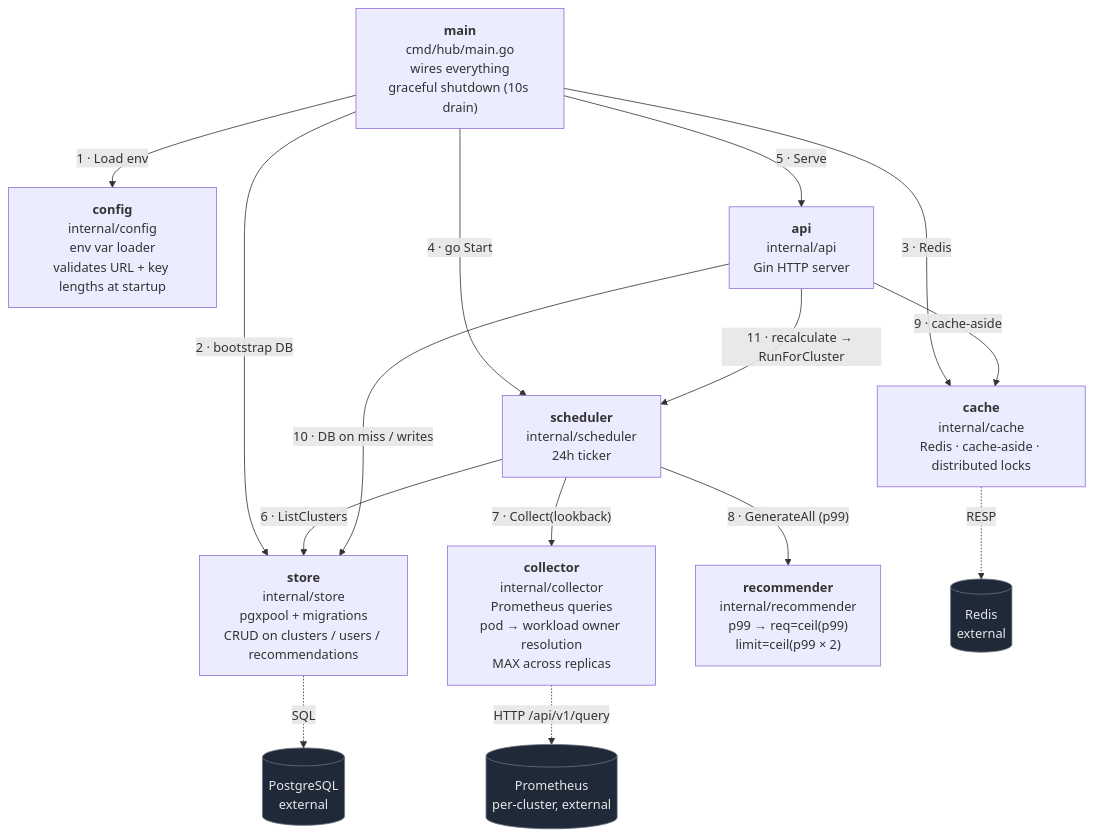
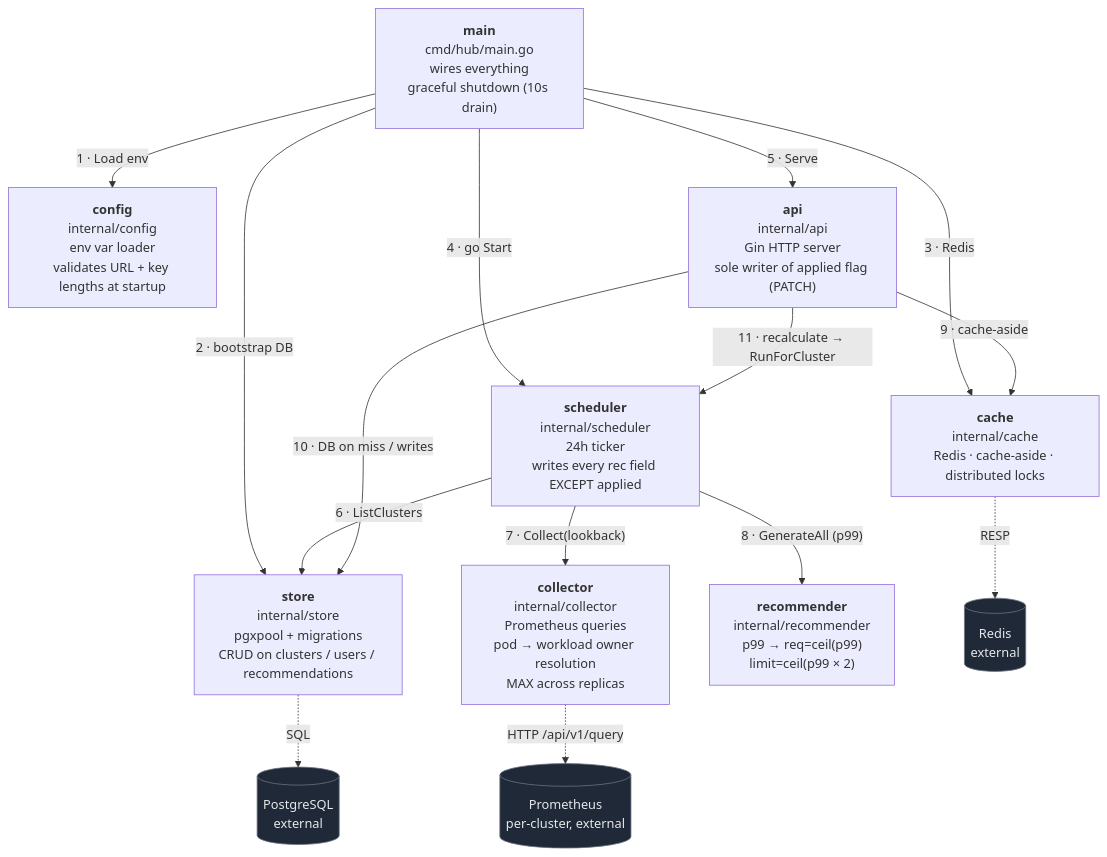
One commit to RISHABH1270/PodOptix changed the diagram in docs/code-map.md. Above: the diagram before and after it, drawn with Mermaid.

Commit message:
docs(code-map): note applied-flag ownership (scheduler vs api split)
The applied column has a strict single-writer invariant that we just
locked in with the PATCH endpoint + hardcoded FALSE on upsert INSERT.
Making it visible in the diagram so a future reader doesn't accidentally
write to applied from the scheduler path.

  scheduler box: "writes every rec field EXCEPT applied"
  api box:       "sole writer of applied flag (PATCH)"

````diff
--- a/docs/code-map.md
+++ b/docs/code-map.md
@@ -3,37 +3,37 @@
 ```mermaid
 flowchart TB
     main["<b>main</b><br/>cmd/hub/main.go<br/>wires everything<br/>graceful shutdown (10s drain)"]
 
     config["<b>config</b><br/>internal/config<br/>env var loader<br/>validates URL + key lengths at startup"]
     store["<b>store</b><br/>internal/store<br/>pgxpool + migrations<br/>CRUD on clusters / users / recommendations"]
     cache["<b>cache</b><br/>internal/cache<br/>Redis · cache-aside · distributed locks"]
     collector["<b>collector</b><br/>internal/collector<br/>Prometheus queries<br/>pod → workload owner resolution<br/>MAX across replicas"]
     recommender["<b>recommender</b><br/>internal/recommender<br/>p99 → req=ceil(p99)<br/>limit=ceil(p99 × 2)"]
-    scheduler["<b>scheduler</b><br/>internal/scheduler<br/>24h ticker"]
-    api["<b>api</b><br/>internal/api<br/>Gin HTTP server"]
+    scheduler["<b>scheduler</b><br/>internal/scheduler<br/>24h ticker<br/>writes every rec field EXCEPT applied"]
+    api["<b>api</b><br/>internal/api<br/>Gin HTTP server<br/>sole writer of applied flag (PATCH)"]
 
     pg[("PostgreSQL<br/>external")]
     rd[("Redis<br/>external")]
     prom[("Prometheus<br/>per-cluster, external")]
 
     main -->|"1 · Load env"| config
     main -->|"2 · bootstrap DB"| store
     main -->|"3 · Redis"| cache
     main -->|"4 · go Start"| scheduler
     main -->|"5 · Serve"| api
 
     scheduler -->|"6 · ListClusters"| store
     scheduler -->|"7 · Collect(lookback)"| collector
     scheduler -->|"8 · GenerateAll (p99)"| recommender
 
     api -->|"9 · cache-aside"| cache
     api -->|"10 · DB on miss / writes"| store
     api -->|"11 · recalculate → RunForCluster"| scheduler
 
     store -.->|SQL| pg
     cache -.->|RESP| rd
     collector -.->|HTTP /api/v1/query| prom
 
     classDef ext fill:#1f2937,stroke:#6b7280,color:#e5e7eb
     class pg,rd,prom ext
 ```
````
